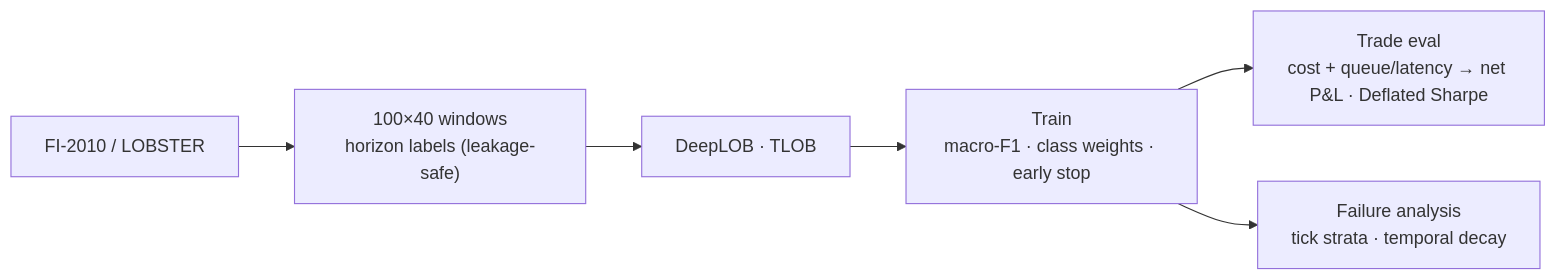
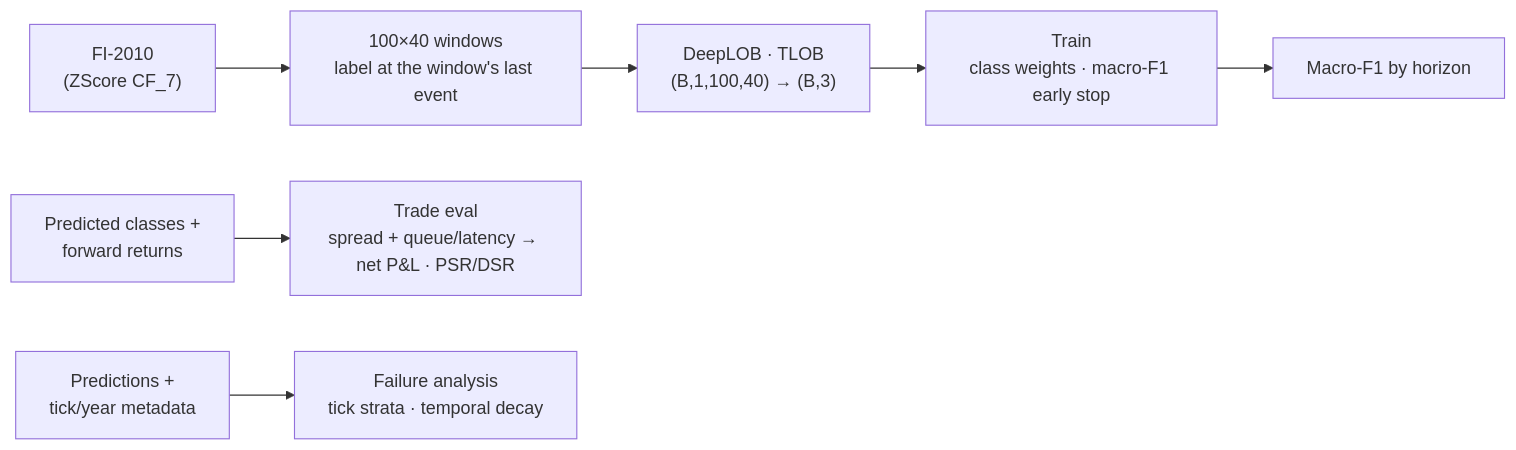
One commit to kbd0011/deep-lob-forecasting changed the diagram in README.md. Above: the diagram before and after it, drawn with Mermaid. The commit also changed other lines of this file and 2 other files, not shown here.

````diff
--- a/README.md
+++ b/README.md
@@ -31,8 +53,9 @@
 ```mermaid
 flowchart LR
-  F["FI-2010 / LOBSTER"] --> W["100×40 windows<br/>horizon labels (leakage-safe)"]
-  W --> MO["DeepLOB · TLOB"]
-  MO --> TR["Train<br/>macro-F1 · class weights · early stop"]
-  TR --> EV["Trade eval<br/>cost + queue/latency → net P&L · Deflated Sharpe"]
-  TR --> ST["Failure analysis<br/>tick strata · temporal decay"]
+  F["FI-2010<br/>(ZScore CF_7)"] --> W["100×40 windows<br/>label at the window's last event"]
+  W --> MO["DeepLOB · TLOB<br/>(B,1,100,40) → (B,3)"]
+  MO --> TR["Train<br/>class weights · macro-F1 early stop"]
+  TR --> R["Macro-F1 by horizon"]
+  P["Predicted classes +<br/>forward returns"] --> EV["Trade eval<br/>spread + queue/latency → net P&L · PSR/DSR"]
+  Q["Predictions +<br/>tick/year metadata"] --> ST["Failure analysis<br/>tick strata · temporal decay"]
 ```
````
